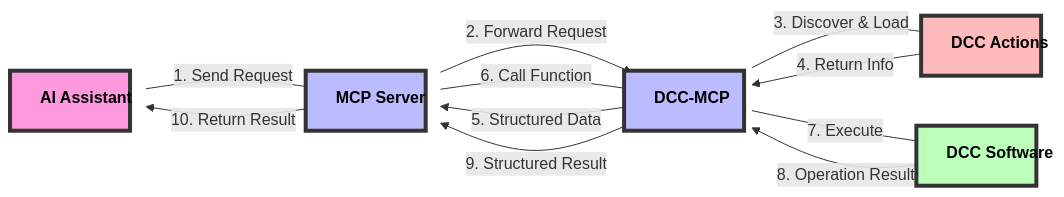
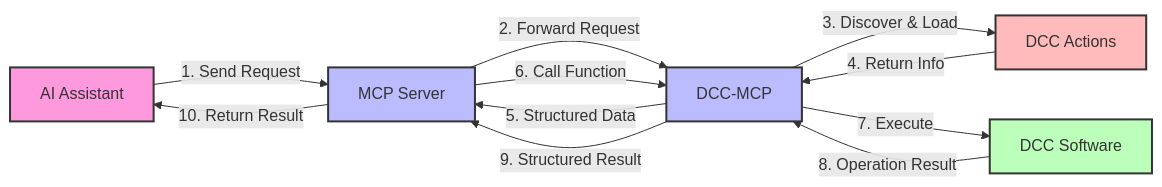
The diagram in README.md (loonghao/dcc-mcp-core), drawn with Mermaid before and after one commit. The commit also changed other lines of this file and 64 other files, not shown here.

````diff
--- a/README.md
+++ b/README.md
@@ -26,27 +30,19 @@
 ```mermaid
-flowchart LR
-    %% Increase chart width
-    classDef default width:120px,height:60px
+graph LR
+    AI[AI Assistant] -->|1. Send Request| MCP[MCP Server]
+    MCP -->|2. Forward Request| DCCMCP[DCC-MCP]
+    DCCMCP -->|3. Discover & Load| Actions[DCC Actions]
+    Actions -->|4. Return Info| DCCMCP
+    DCCMCP -->|5. Structured Data| MCP
+    MCP -->|6. Call Function| DCCMCP
+    DCCMCP -->|7. Execute| DCC[DCC Software]
+    DCC -->|8. Operation Result| DCCMCP
+    DCCMCP -->|9. Structured Result| MCP
+    MCP -->|10. Return Result| AI
 
-    AI[AI Assistant] -->|"1. Send Request"| MCP[MCP Server]
-    MCP -->|"2. Forward Request"| DCCMCP[DCC-MCP]
-    DCCMCP -->|"3. Discover & Load"| Actions[DCC Actions]
-    Actions -->|"4. Return Info"| DCCMCP
-    DCCMCP -->|"5. Structured Data"| MCP
-    MCP -->|"6. Call Function"| DCCMCP
-    DCCMCP -->|"7. Execute"| DCC[DCC Software]
-    DCC -->|"8. Operation Result"| DCCMCP
-    DCCMCP -->|"9. Structured Result"| MCP
-    MCP -->|"10. Return Result"| AI
-
-    %% Use more vibrant colors and larger nodes
-    classDef ai fill:#f9d,stroke:#333,stroke-width:4px,color:#000,font-weight:bold
-    classDef mcp fill:#bbf,stroke:#333,stroke-width:4px,color:#000,font-weight:bold
-    classDef dcc fill:#bfb,stroke:#333,stroke-width:4px,color:#000,font-weight:bold
-    classDef action fill:#fbb,stroke:#333,stroke-width:4px,color:#000,font-weight:bold
-
-    class AI ai
-    class MCP,DCCMCP mcp
-    class DCC dcc
-    class Actions action
+    style AI fill:#f9d,stroke:#333,stroke-width:2px
+    style MCP fill:#bbf,stroke:#333,stroke-width:2px
+    style DCCMCP fill:#bbf,stroke:#333,stroke-width:2px
+    style DCC fill:#bfb,stroke:#333,stroke-width:2px
+    style Actions fill:#fbb,stroke:#333,stroke-width:2px
 ```
````
